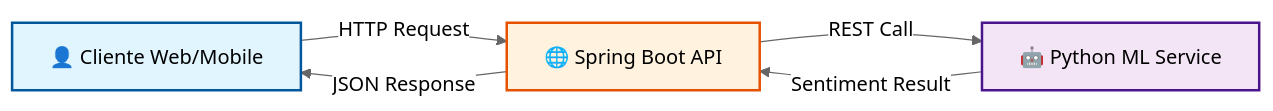
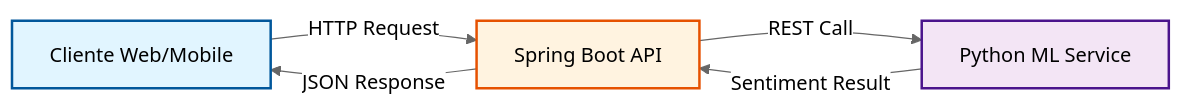
Before and after one commit to ml-punto-tech/sentiment-api: the first of 6 diagrams in README.md, drawn with Mermaid (neutral theme). The commit also changed other lines of this file, not shown here.

````diff
--- a/README.md
+++ b/README.md
@@ -40,11 +47,11 @@
 ```mermaid
 graph LR
-    A[👤 Cliente Web/Mobile] -->|HTTP Request| B[🌐 Spring Boot API]
-    B -->|REST Call| C[🤖 Python ML Service]
+    A[Cliente Web/Mobile] -->|HTTP Request| B[Spring Boot API]
+    B -->|REST Call| C[Python ML Service]
     C -->|Sentiment Result| B
     B -->|JSON Response| A
     
     style A fill:#e1f5ff,stroke:#01579b,stroke-width:2px
     style B fill:#fff3e0,stroke:#e65100,stroke-width:2px
     style C fill:#f3e5f5,stroke:#4a148c,stroke-width:2px
 ```
````
